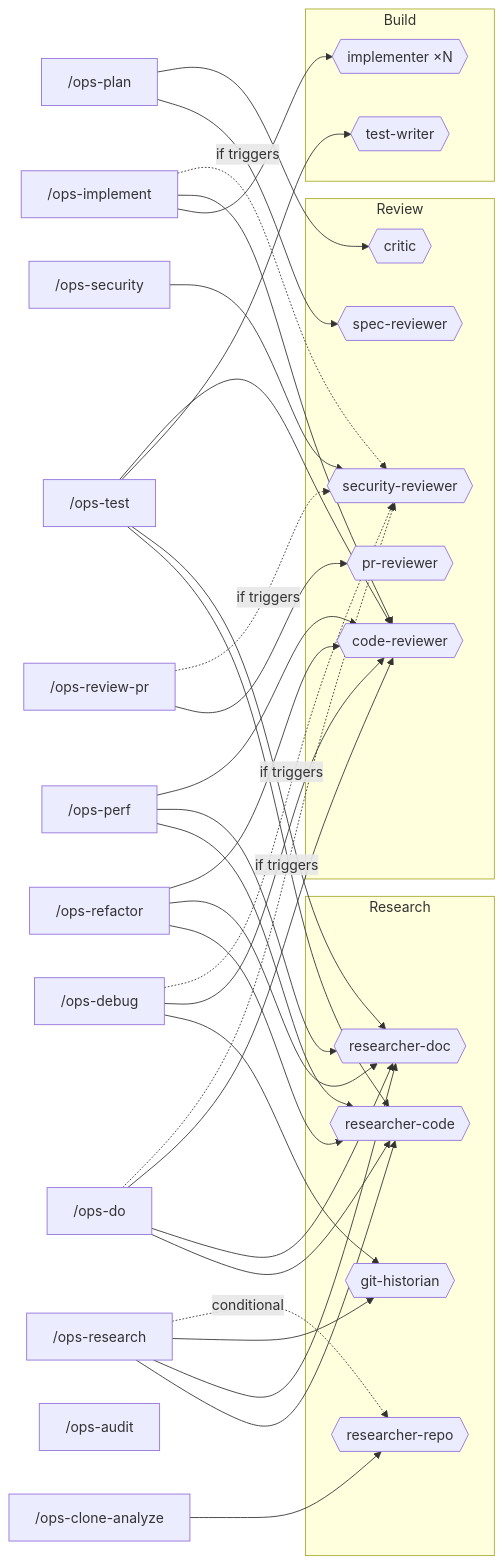
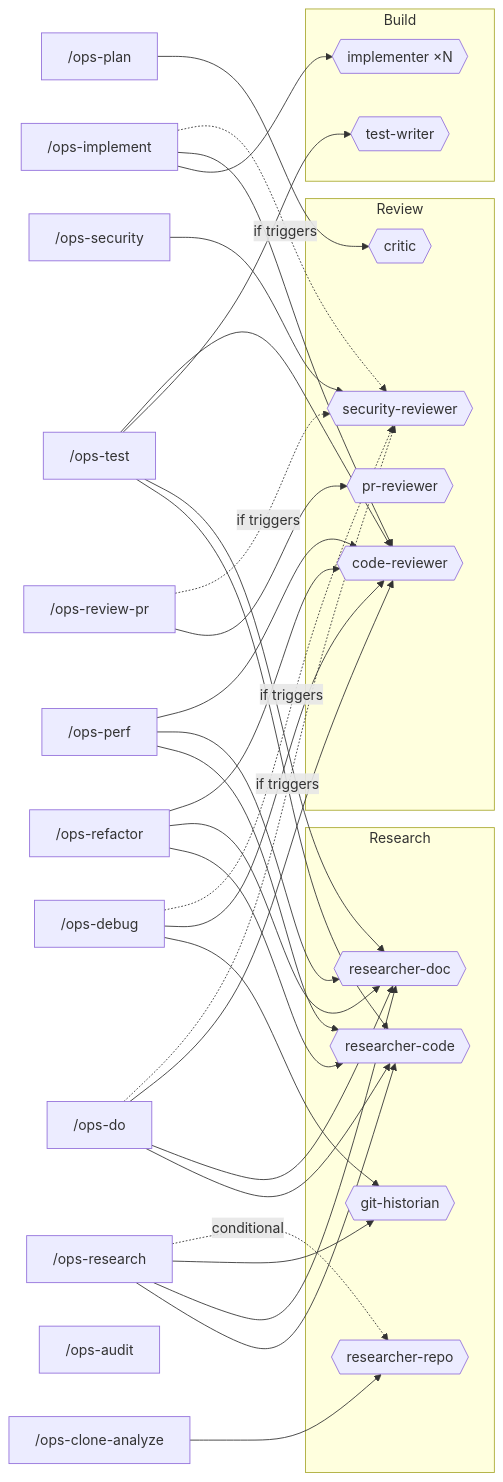
One commit to gigi206/ops changed the second of 16 diagrams in README.md. Above: the diagram before and after it, drawn with Mermaid. The commit also changed other lines of this file and 61 other files, not shown here.

First line of the commit message:
refactor: v3.8.0 — adaptive ceremony, spec/plan merger, brainstorm→plan fast-path

````diff
--- a/README.md
+++ b/README.md
@@ -86,57 +86,56 @@
 ```mermaid
 flowchart LR
     %% ─── Skills ───
     research["/ops-research"]
     plan["/ops-plan"]
     implement["/ops-implement"]
     do["/ops-do"]
     debug["/ops-debug"]
     test["/ops-test"]
     refactor["/ops-refactor"]
     perf["/ops-perf"]
     review-pr["/ops-review-pr"]
     security["/ops-security"]
     audit["/ops-audit"]
     clone-analyze["/ops-clone-analyze"]
 
     %% ─── Research agents ───
     subgraph research_agents["Research"]
         rc{{"researcher-code"}}
         rd{{"researcher-doc"}}
         gh{{"git-historian"}}
         rr{{"researcher-repo"}}
     end
 
     %% ─── Review agents ───
     subgraph review_agents["Review"]
-        sr{{"spec-reviewer"}}
         cr{{"critic"}}
         codrev{{"code-reviewer"}}
         secrev{{"security-reviewer"}}
         prrev{{"pr-reviewer"}}
     end
 
     %% ─── Build agents ───
     subgraph build_agents["Build"]
         imp{{"implementer ×N"}}
         tw{{"test-writer"}}
     end
 
     %% ─── Dispatch ───
     research --> rc & rd & gh
     research -.->|conditional| rr
-    plan --> sr & cr
+    plan --> cr
     implement --> imp & codrev
     implement -.->|if triggers| secrev
     do --> rc & rd & codrev
     do -.->|if triggers| secrev
     debug --> gh & codrev
     debug -.->|if triggers| secrev
     test --> rc & rd & tw & codrev
     refactor --> rc & rd & codrev
     perf --> rc & rd & codrev
     review-pr --> prrev
     review-pr -.->|if triggers| secrev
     security --> secrev
     clone-analyze --> rr
 ```
````
